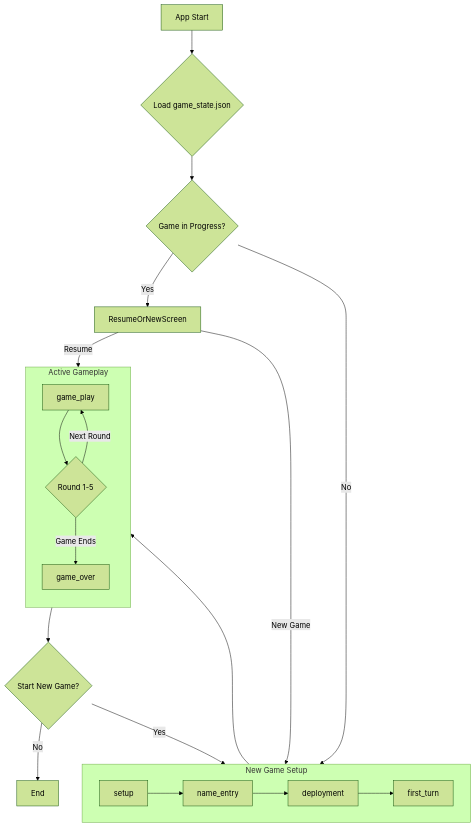
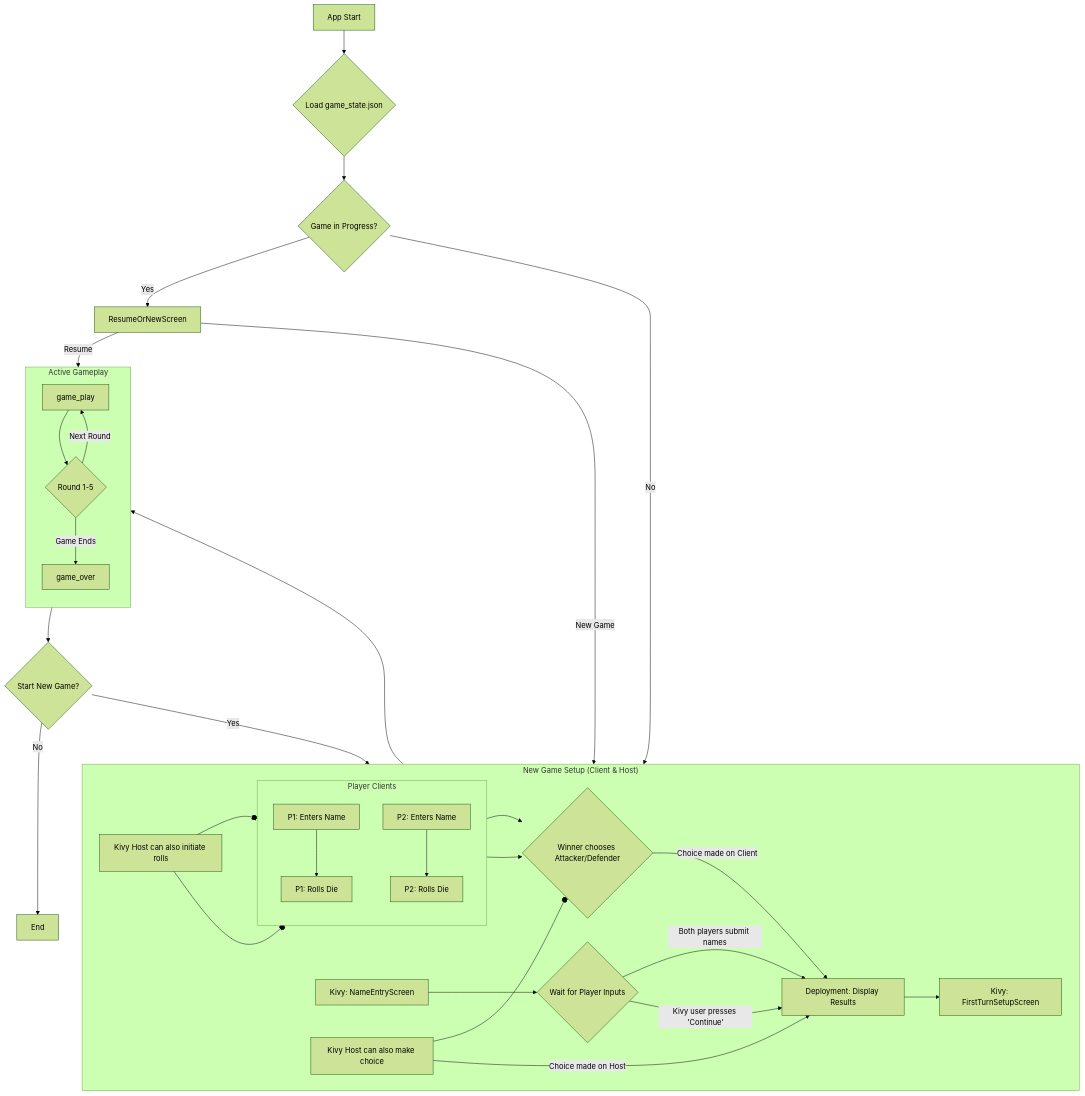
The second of 9 diagrams in memory-bank/systemPatterns.md (matt-antone/Scorer), drawn with Mermaid (forest theme) before and after one commit. The commit also changed other lines of this file and 38 other files, not shown here.

````diff
--- a/memory-bank/systemPatterns.md
+++ b/memory-bank/systemPatterns.md
@@ -102,31 +106,43 @@
 ```mermaid
 flowchart TD
     A["App Start"] --> B{"Load game_state.json"};
     B --> C{"Game in Progress?"};
 
     C -- "Yes" --> D["ResumeOrNewScreen"];
     D -- "Resume" --> G["game_play"];
     D -- "New Game" --> E["setup"];
 
     C -- "No" --> E;
 
-    subgraph "New Game Setup"
+    subgraph "New Game Setup (Client & Host)"
         direction LR
-        E["setup"] --> F["name_entry"];
-        F --> F2["deployment"];
-        F2 --> F3["first_turn"];
+        E[Kivy: NameEntryScreen] --> F{Wait for Player Inputs};
+        subgraph Player Clients
+            direction TB
+            P1[P1: Enters Name] --> P1R[P1: Rolls Die];
+            P2[P2: Enters Name] --> P2R[P2: Rolls Die];
+        end
+        F -- Both players submit names --> F2["deployment"];
+        F -- Kivy user presses 'Continue' --> F2;
+        KivyRolls["Kivy Host can also initiate rolls"] --o P1R & P2R;
+
+        P1R & P2R --> W{Winner chooses Attacker/Defender};
+        W -- "Choice made on Client" --> F2;
+        KivyChoice["Kivy Host can also make choice"] --o W;
+        KivyChoice -- "Choice made on Host" --> F2
+        F2[Deployment: Display Results] --> F3[Kivy: FirstTurnSetupScreen];
     end
 
     F3 --> G["game_play"];
 
     subgraph "Active Gameplay"
         direction TB
         G --> H{"Round 1-5"};
         H -- "Next Round" --> G;
         H -- "Game Ends" --> I["game_over"];
     end
 
     I --> J{"Start New Game?"};
     J -- "Yes" --> E;
     J -- "No" --> K["End"];
 ```
````
